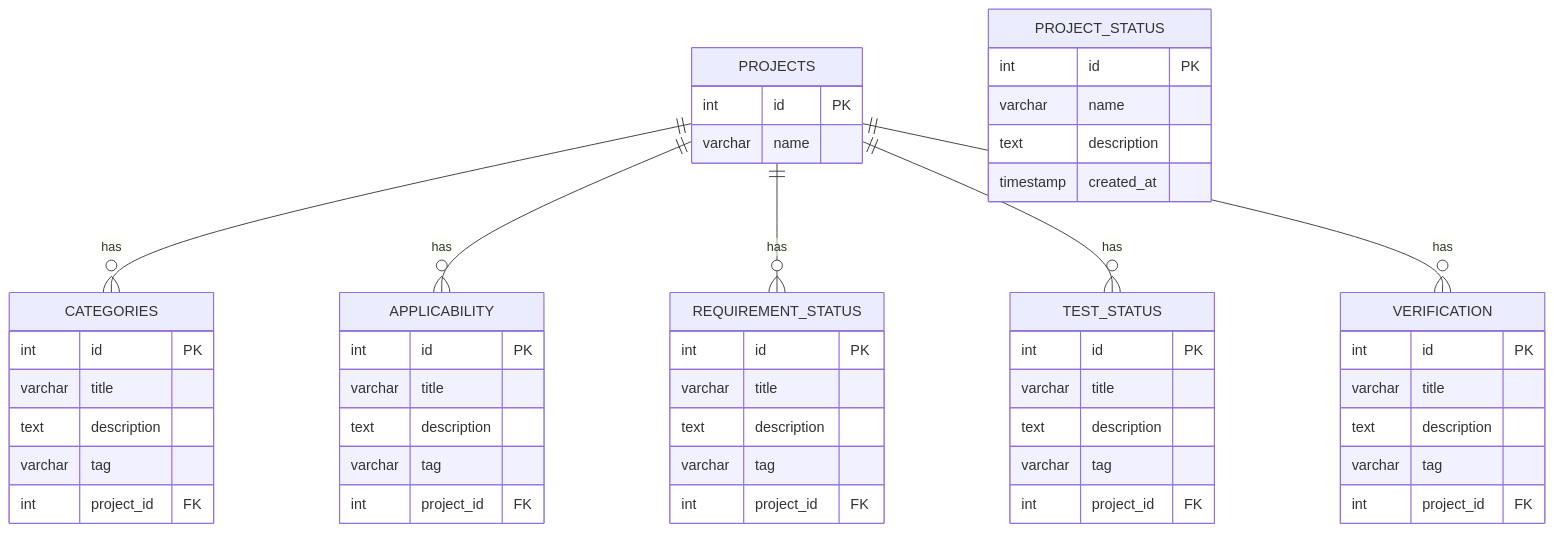
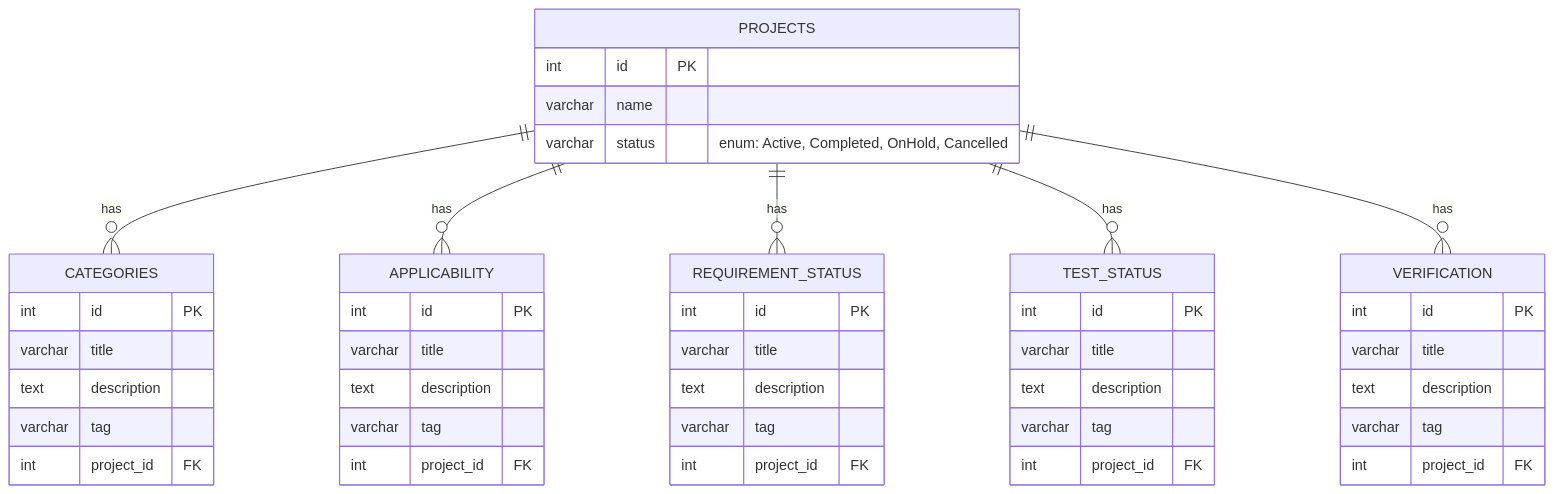
One commit to MarreqSW/Marreq changed the second of 3 diagrams in doc/DATABASE_MODELS.md. Above: the diagram before and after it, drawn with Mermaid. The commit also changed other lines of this file, not shown here.

````diff
--- a/doc/DATABASE_MODELS.md
+++ b/doc/DATABASE_MODELS.md
@@ -126,60 +125,54 @@
 ```mermaid
 erDiagram
     PROJECTS ||--o{ CATEGORIES : has
     PROJECTS ||--o{ APPLICABILITY : has
     PROJECTS ||--o{ REQUIREMENT_STATUS : has
     PROJECTS ||--o{ TEST_STATUS : has
     PROJECTS ||--o{ VERIFICATION : has
     
     PROJECTS {
         int id PK
         varchar name
+        varchar status "enum: Active, Completed, OnHold, Cancelled"
     }
     
     CATEGORIES {
         int id PK
         varchar title
         text description
         varchar tag
         int project_id FK
     }
     
     APPLICABILITY {
         int id PK
         varchar title
         text description
         varchar tag
         int project_id FK
     }
     
     REQUIREMENT_STATUS {
         int id PK
         varchar title
         text description
         varchar tag
         int project_id FK
     }
     
     TEST_STATUS {
         int id PK
         varchar title
         text description
         varchar tag
         int project_id FK
     }
     
     VERIFICATION {
         int id PK
         varchar title
         text description
         varchar tag
         int project_id FK
     }
-    
-    PROJECT_STATUS {
-        int id PK
-        varchar name
-        text description
-        timestamp created_at
-    }
 ```
````
